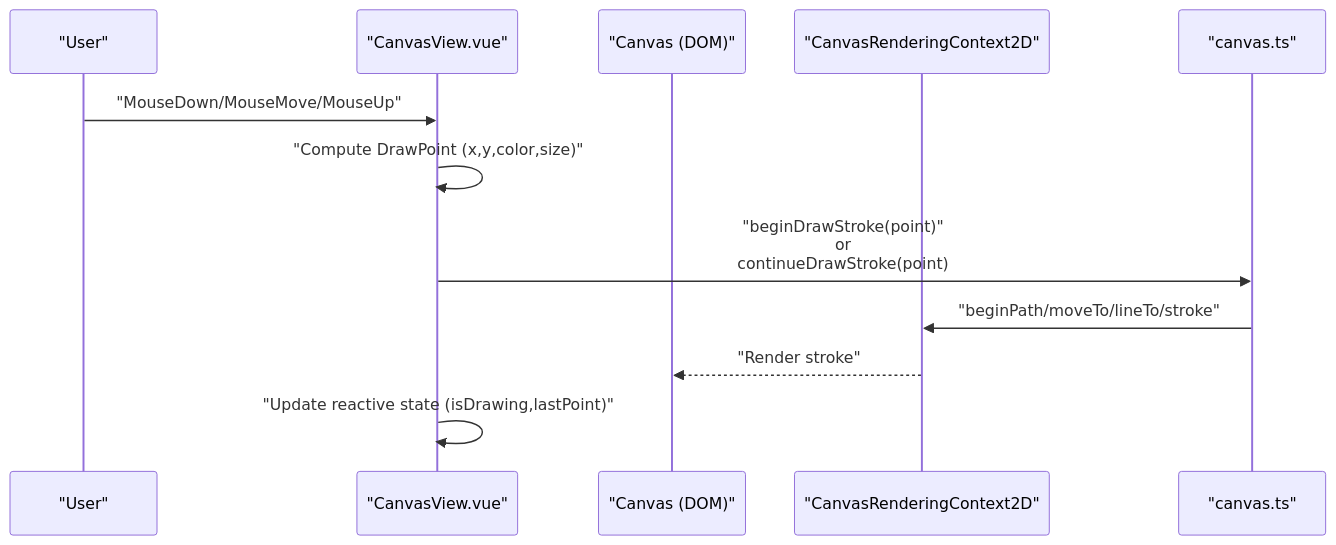
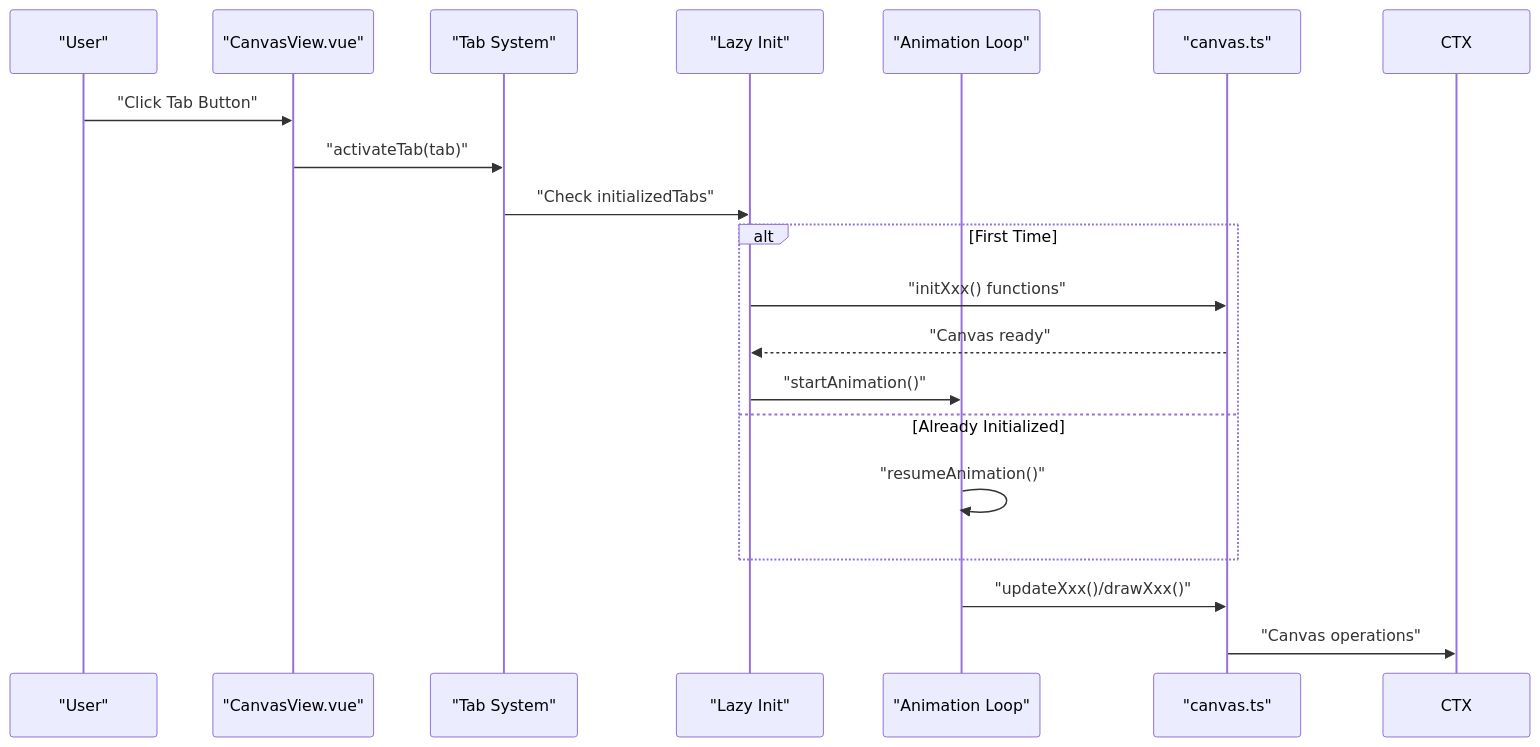
The second of 7 diagrams in .qoder/repowiki/en/content/Interactive Applications/Canvas Drawing System.md (adminfyy/adminfyy.github.io), drawn with Mermaid before and after one commit. The commit also changed other lines of this file and 34 other files, not shown here.

````diff
--- a/.qoder/repowiki/en/content/Interactive Applications/Canvas Drawing System.md
+++ b/.qoder/repowiki/en/content/Interactive Applications/Canvas Drawing System.md
@@ -80,14 +119,21 @@
 ```mermaid
 sequenceDiagram
 participant U as "User"
 participant V as "CanvasView.vue"
-participant C as "Canvas (DOM)"
-participant CTX as "CanvasRenderingContext2D"
+participant T as "Tab System"
+participant L as "Lazy Init"
+participant A as "Animation Loop"
 participant UTL as "canvas.ts"
-U->>V : "MouseDown/MouseMove/MouseUp"
-V->>V : "Compute DrawPoint (x,y,color,size)"
-V->>UTL : "beginDrawStroke(point)"<br/>or<br/>continueDrawStroke(point)
-UTL->>CTX : "beginPath/moveTo/lineTo/stroke"
-CTX-->>C : "Render stroke"
-V->>V : "Update reactive state (isDrawing,lastPoint)"
+U->>V : "Click Tab Button"
+V->>T : "activateTab(tab)"
+T->>L : "Check initializedTabs"
+alt First Time
+L->>UTL : "initXxx() functions"
+UTL-->>L : "Canvas ready"
+L->>A : "startAnimation()"
+else Already Initialized
+A->>A : "resumeAnimation()"
+end
+A->>UTL : "updateXxx()/drawXxx()"
+UTL->>CTX : "Canvas operations"
 ```
````
